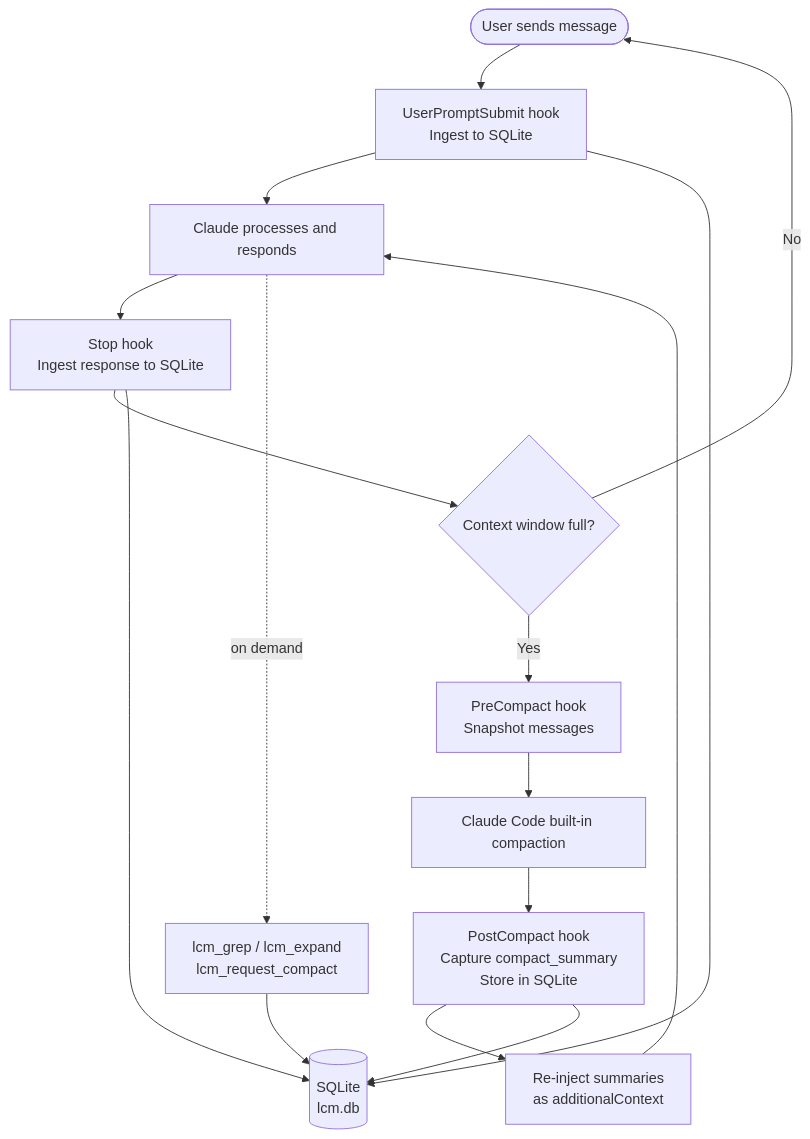
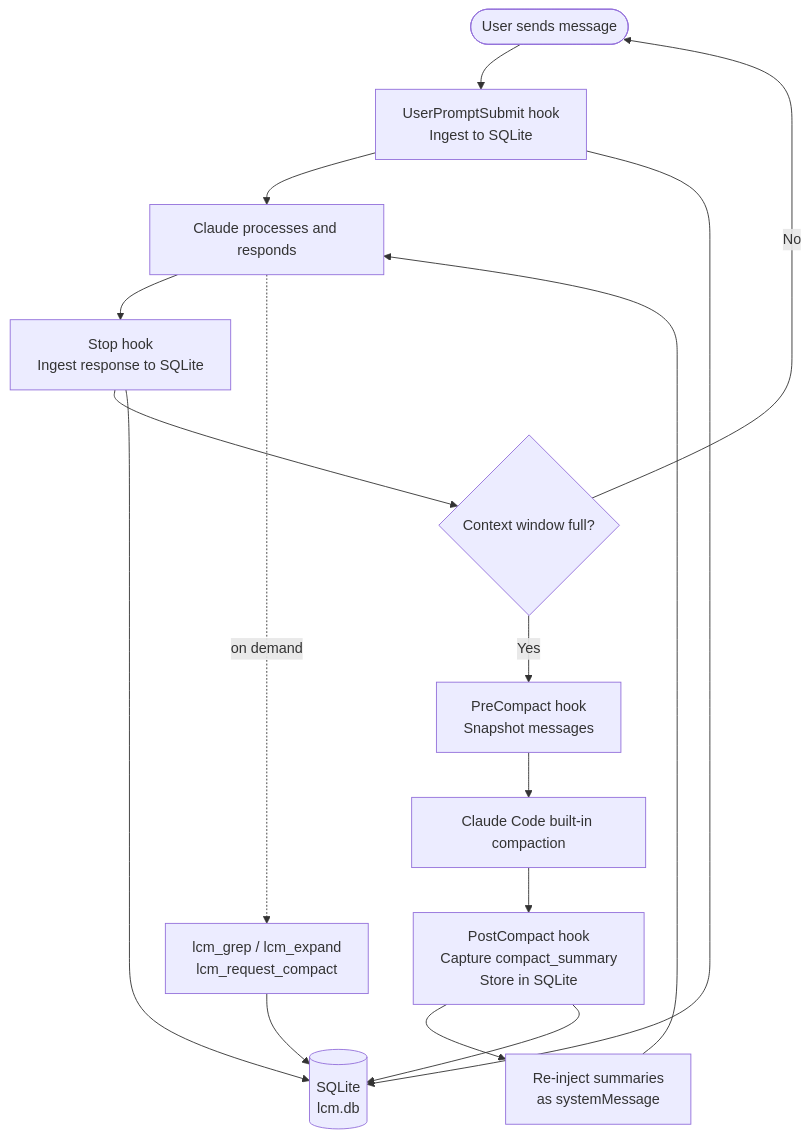
One commit to isaiahbernados/lcm changed the diagram in README.md. Above: the diagram before and after it, drawn with Mermaid. The commit also changed other lines of this file and 21 other files, not shown here.

````diff
--- a/README.md
+++ b/README.md
@@ -46,19 +46,19 @@
 ```mermaid
 flowchart TD
     A([User sends message]) --> B[UserPromptSubmit hook\nIngest to SQLite]
     B --> C[Claude processes and responds]
     C --> D[Stop hook\nIngest response to SQLite]
     D --> E{Context window full?}
     E -- No --> A
     E -- Yes --> F[PreCompact hook\nSnapshot messages]
     F --> G[Claude Code built-in compaction]
     G --> H[PostCompact hook\nCapture compact_summary\nStore in SQLite]
-    H --> I[Re-inject summaries\nas additionalContext]
+    H --> I[Re-inject summaries\nas systemMessage]
     I --> C
 
     C -. on demand .-> J[lcm_grep / lcm_expand\nlcm_request_compact]
     J --> DB[(SQLite\nlcm.db)]
     B --> DB
     D --> DB
     H --> DB
 ```
````
